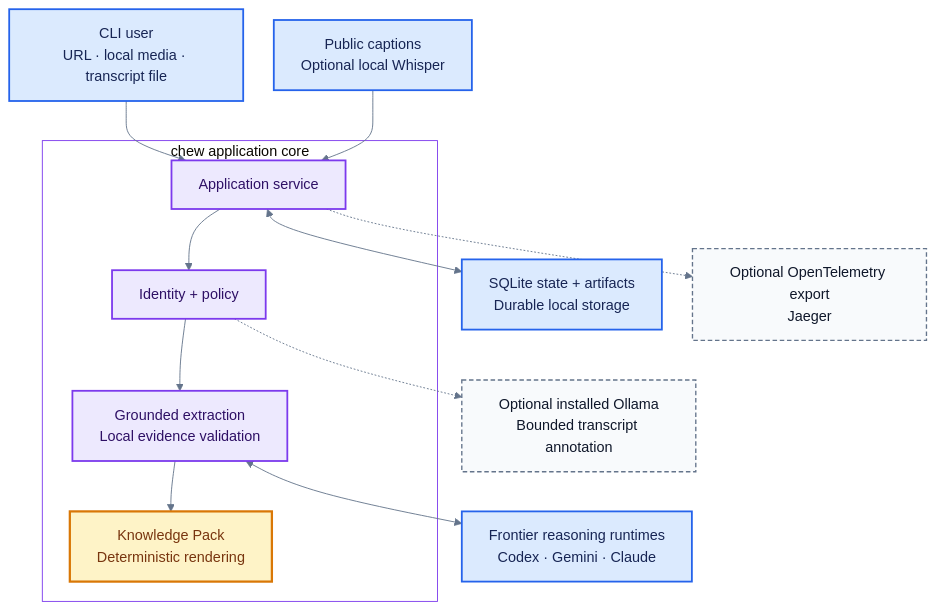
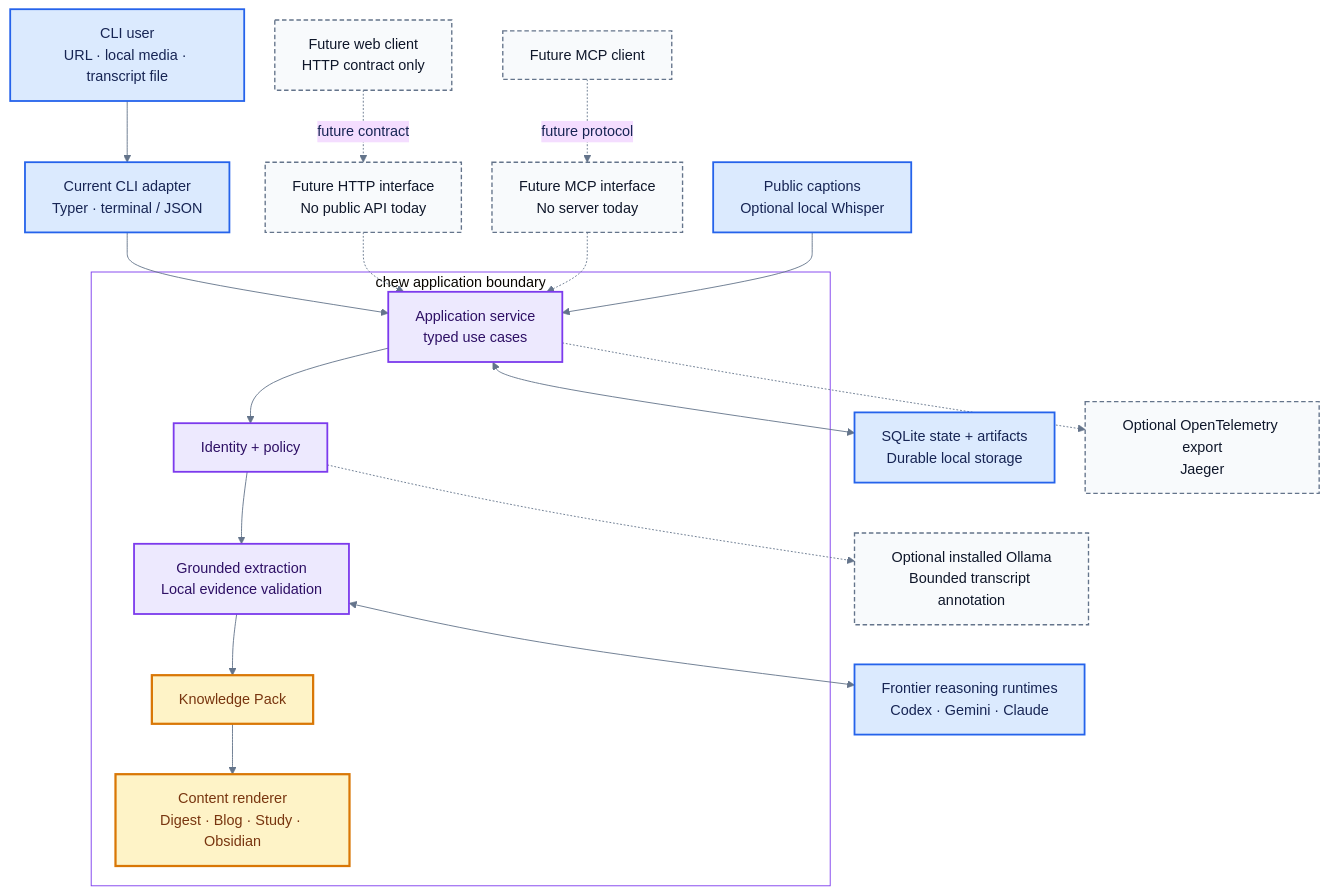
One commit to SHcommit/youtube-summerizer-kit changed the diagram in assets/architecture/en/external-boundaries.mmd. Above: the diagram before and after it, drawn with Mermaid. The commit also changed 10 other files, not shown here.

Commit message:
docs: show interface and web boundaries

```diff
--- a/assets/architecture/en/external-boundaries.mmd
+++ b/assets/architecture/en/external-boundaries.mmd
@@ -1,32 +1,42 @@
 %%{init: {"theme":"base","themeVariables":{"fontFamily":"Arial, sans-serif","primaryTextColor":"#172554","lineColor":"#64748b","clusterBkg":"#ffffff","clusterBorder":"#7c3aed"},"flowchart":{"curve":"basis","nodeSpacing":34,"rankSpacing":44}}}%%
 flowchart TB
     USER["CLI user<br/>URL · local media · transcript file"]
+    CLI["Current CLI adapter<br/>Typer · terminal / JSON"]
+    WEB["Future web client<br/>HTTP contract only"]
+    HTTP["Future HTTP interface<br/>No public API today"]
+    MCPCLIENT["Future MCP client"]
+    MCP["Future MCP interface<br/>No server today"]
     CAPTIONS["Public captions<br/>Optional local Whisper"]
     FRONTIER["Frontier reasoning runtimes<br/>Codex · Gemini · Claude"]
     OLLAMA["Optional installed Ollama<br/>Bounded transcript annotation"]
     STATE["SQLite state + artifacts<br/>Durable local storage"]
     OTEL["Optional OpenTelemetry export<br/>Jaeger"]
 
-    subgraph APP["chew application core"]
-        SERVICE["Application service"]
+    subgraph APP["chew application boundary"]
+        SERVICE["Application service<br/>typed use cases"]
         POLICY["Identity + policy"]
         GROUND["Grounded extraction<br/>Local evidence validation"]
-        PACK["Knowledge Pack<br/>Deterministic rendering"]
-        SERVICE --> POLICY --> GROUND --> PACK
+        PACK["Knowledge Pack"]
+        RENDER["Content renderer<br/>Digest · Blog · Study · Obsidian"]
+        SERVICE --> POLICY --> GROUND --> PACK --> RENDER
     end
 
-    USER --> SERVICE
+    USER --> CLI --> SERVICE
+    WEB -. future contract .-> HTTP -.-> SERVICE
+    MCPCLIENT -. future protocol .-> MCP -.-> SERVICE
     CAPTIONS --> SERVICE
     GROUND <--> FRONTIER
     POLICY -.-> OLLAMA
     SERVICE <--> STATE
     SERVICE -.-> OTEL
 
     classDef external fill:#dbeafe,stroke:#2563eb,stroke-width:2px,color:#172554;
+    classDef deferred fill:#f8fafc,stroke:#64748b,stroke-width:1.5px,stroke-dasharray:5 3,color:#0f172a;
     classDef optional fill:#f8fafc,stroke:#64748b,stroke-width:1.5px,stroke-dasharray:5 3,color:#0f172a;
     classDef core fill:#ede9fe,stroke:#7c3aed,stroke-width:2px,color:#2e1065;
     classDef knowledge fill:#fef3c7,stroke:#d97706,stroke-width:2.5px,color:#78350f;
-    class USER,CAPTIONS,FRONTIER,STATE external;
+    class USER,CLI,CAPTIONS,FRONTIER,STATE external;
+    class WEB,HTTP,MCPCLIENT,MCP deferred;
     class OLLAMA,OTEL optional;
     class SERVICE,POLICY,GROUND core;
-    class PACK knowledge;
+    class PACK,RENDER knowledge;
```
